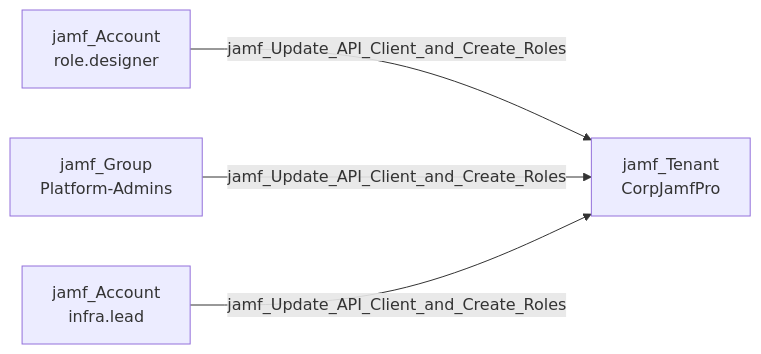
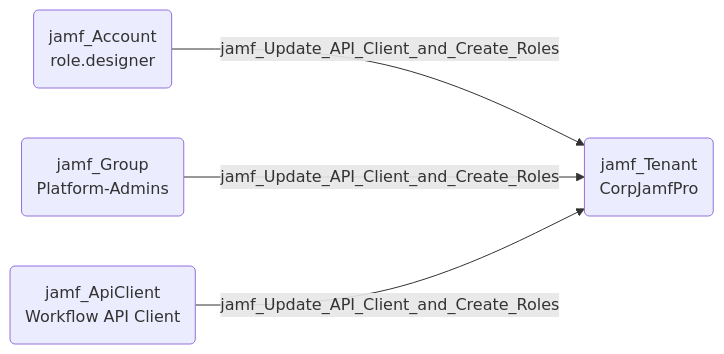
Before and after one commit to SpecterOps/bloodhound-docs: the diagram in docs/opengraph/extensions/jamfhound/reference/edges/jamf_update_api_client_and_create_roles.mdx, drawn with Mermaid. The commit also changed 33 other files, not shown here.

Commit message:
Updated documentation with revised mermaid diagrams

````diff
--- a/docs/opengraph/extensions/jamfhound/reference/edges/jamf_update_api_client_and_create_roles.mdx
+++ b/docs/opengraph/extensions/jamfhound/reference/edges/jamf_update_api_client_and_create_roles.mdx
@@ -18,6 +18,14 @@
 ```mermaid
 graph LR
-    A["jamf_Account\nrole.designer"] -->|jamf_Update_API_Client_and_Create_Roles| B["jamf_Tenant\nCorpJamfPro"]
-    C["jamf_Group\nPlatform-Admins"] -->|jamf_Update_API_Client_and_Create_Roles| B
-    D["jamf_Account\ninfra.lead"] -->|jamf_Update_API_Client_and_Create_Roles| B
+    A("jamf_Account
+role.designer")
+    B("jamf_Tenant
+CorpJamfPro")
+    C("jamf_Group
+Platform-Admins")
+    D("jamf_ApiClient
+Workflow API Client")
+    A -- jamf_Update_API_Client_and_Create_Roles --> B
+    C -- jamf_Update_API_Client_and_Create_Roles --> B
+    D -- jamf_Update_API_Client_and_Create_Roles --> B
 ```
````
